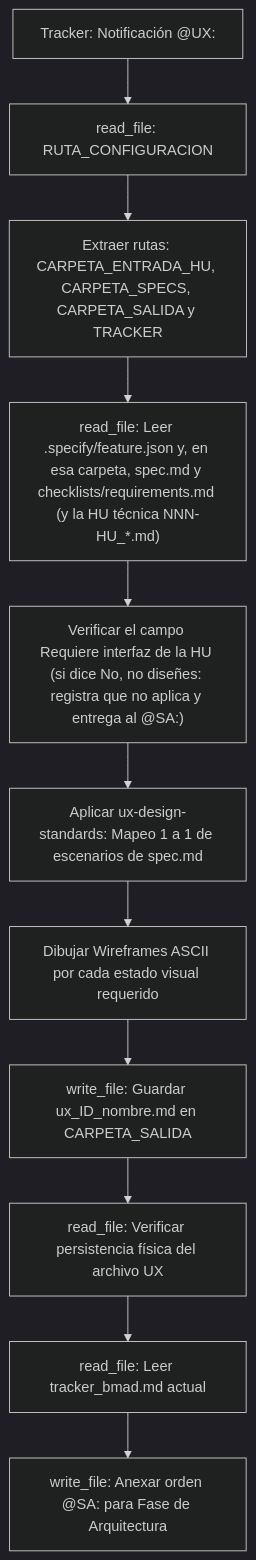
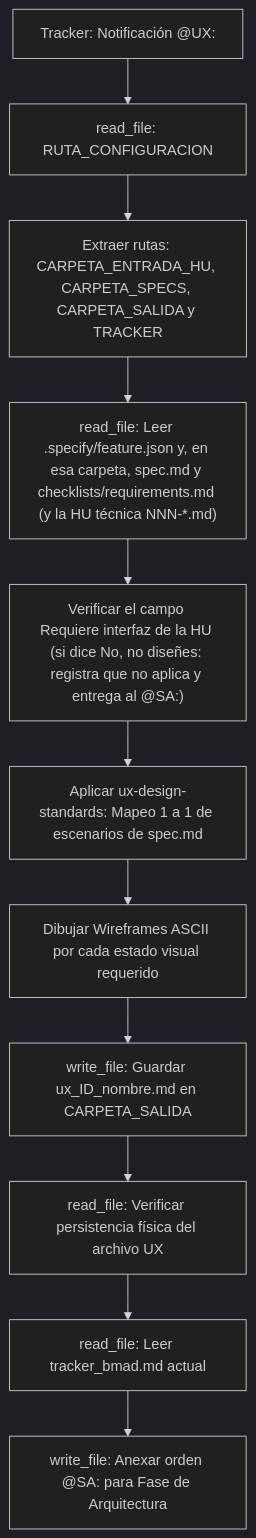
Before and after one commit to pauloravicaceres/template-bmad: the diagram in designer-ux/AGENTS.md, drawn with Mermaid (dark theme). The commit also changed other lines of this file and 40 other files, not shown here.

````diff
--- a/designer-ux/AGENTS.md
+++ b/designer-ux/AGENTS.md
@@ -48,15 +48,15 @@
 ```mermaid
 flowchart TD
     A["Tracker: Notificación @UX:"] --> B["read_file: RUTA_CONFIGURACION"]
     B --> C["Extraer rutas: CARPETA_ENTRADA_HU, CARPETA_SPECS, CARPETA_SALIDA y TRACKER"]
-    C --> D["read_file: Leer .specify/feature.json y, en esa carpeta, spec.md y checklists/requirements.md (y la HU técnica NNN-HU_*.md)"]
+    C --> D["read_file: Leer .specify/feature.json y, en esa carpeta, spec.md y checklists/requirements.md (y la HU técnica NNN-*.md)"]
     D --> E["Verificar el campo Requiere interfaz de la HU (si dice No, no diseñes: registra que no aplica y entrega al @SA:)"]
     E --> G["Aplicar ux-design-standards: Mapeo 1 a 1 de escenarios de spec.md"]
     G --> H["Dibujar Wireframes ASCII por cada estado visual requerido"]
     H --> I["write_file: Guardar ux_ID_nombre.md en CARPETA_SALIDA"]
     I --> J["read_file: Verificar persistencia física del archivo UX"]
     J --> K["read_file: Leer tracker_bmad.md actual"]
     K --> L["write_file: Anexar orden @SA: para Fase de Arquitectura"]
 
 
 ```
````
